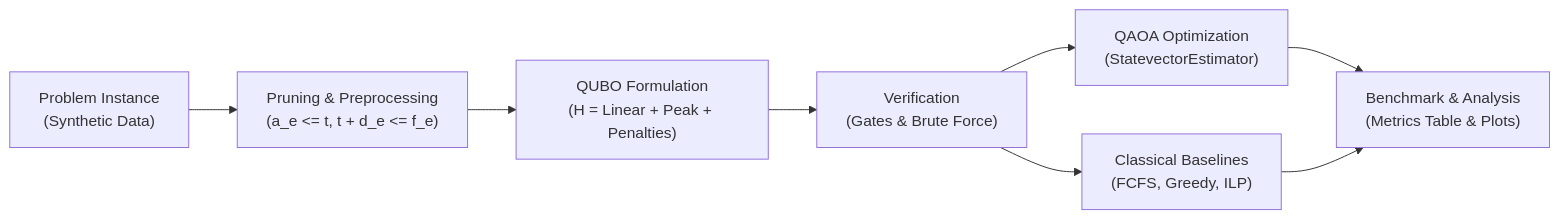
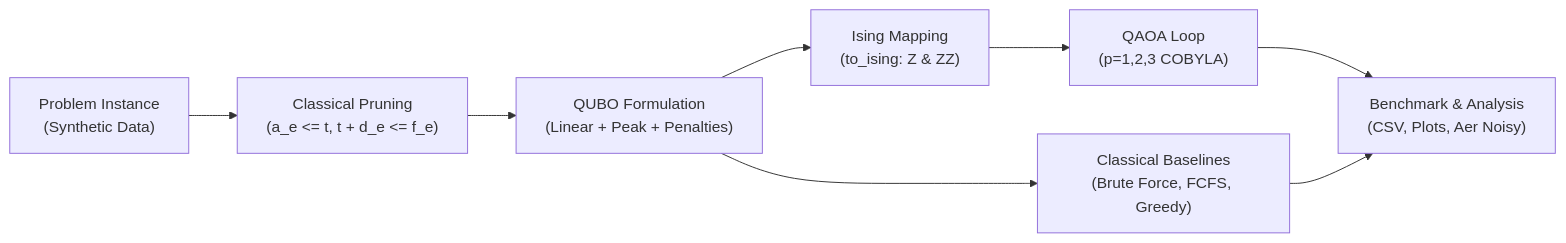
Before and after one commit to icebelly29/qff26: the diagram in README.md, drawn with Mermaid. The commit also changed other lines of this file and 30 other files, not shown here.

````diff
--- a/README.md
+++ b/README.md
@@ -18,10 +25,10 @@
 ```mermaid
 flowchart LR
-    A["Problem Instance<br/>(Synthetic Data)"] --> B["Pruning & Preprocessing<br/>(a_e <= t, t + d_e <= f_e)"]
-    B --> C["QUBO Formulation<br/>(H = Linear + Peak + Penalties)"]
-    C --> D["Verification<br/>(Gates & Brute Force)"]
-    D --> E["QAOA Optimization<br/>(StatevectorEstimator)"]
-    D --> F["Classical Baselines<br/>(FCFS, Greedy, ILP)"]
-    E --> G["Benchmark & Analysis<br/>(Metrics Table & Plots)"]
+    A["Problem Instance<br/>(Synthetic Data)"] --> B["Classical Pruning<br/>(a_e <= t, t + d_e <= f_e)"]
+    B --> C["QUBO Formulation<br/>(Linear + Peak + Penalties)"]
+    C --> D["Ising Mapping<br/>(to_ising: Z & ZZ)"]
+    D --> E["QAOA Loop<br/>(p=1,2,3 COBYLA)"]
+    C --> F["Classical Baselines<br/>(Brute Force, FCFS, Greedy)"]
+    E --> G["Benchmark & Analysis<br/>(CSV, Plots, Aer Noisy)"]
     F --> G
 ```
````
